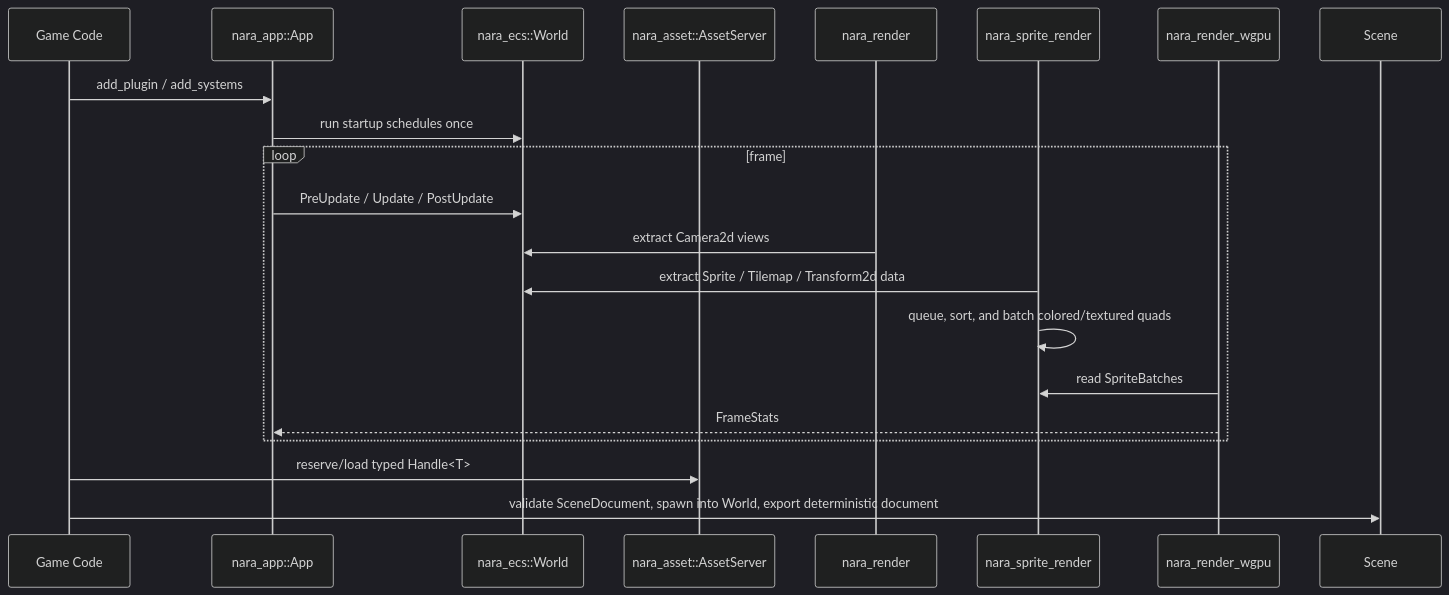
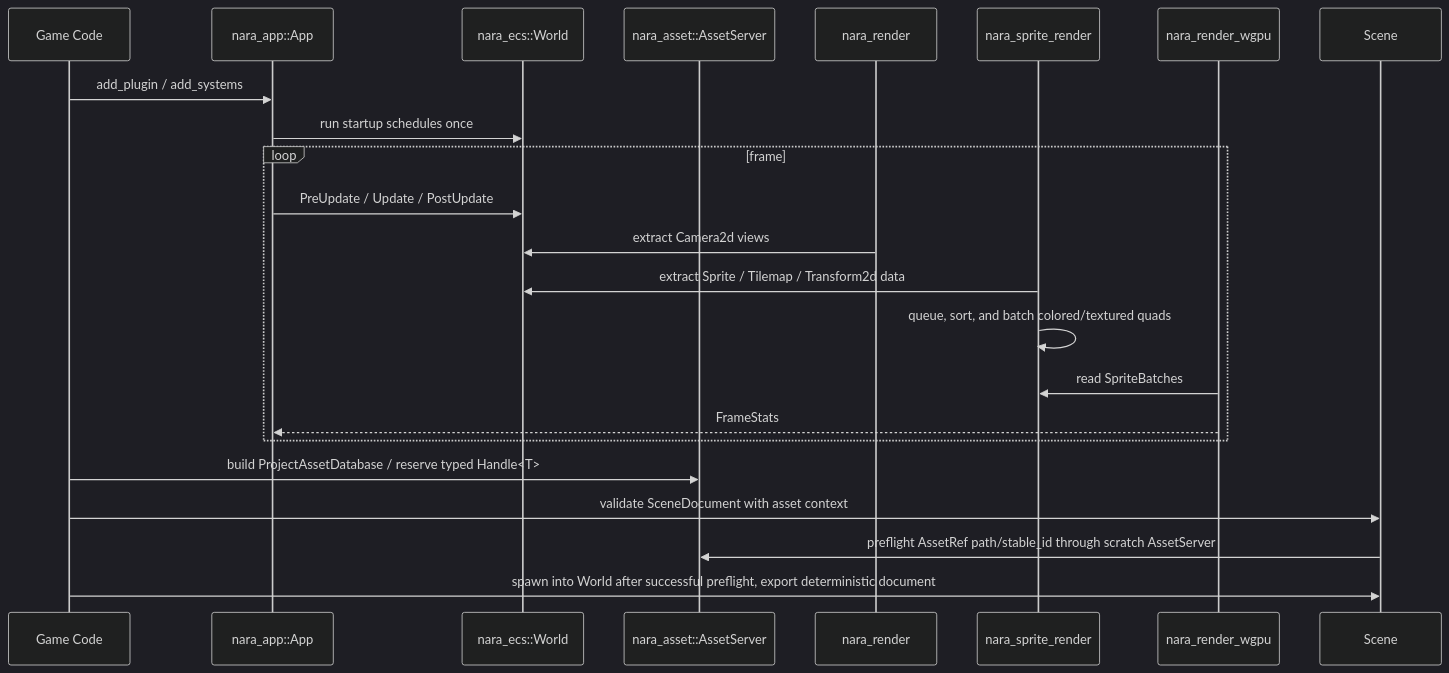
Before and after one commit to Latias94/nara: the second of 2 diagrams in docs/architecture/nara-foundation.md, drawn with Mermaid (dark theme). The commit also changed other lines of this file and 15 other files, not shown here.

Commit message:
feat(scene): preflight stable asset references

````diff
--- a/docs/architecture/nara-foundation.md
+++ b/docs/architecture/nara-foundation.md
@@ -90,23 +90,25 @@
 ```mermaid
 sequenceDiagram
     participant Game as Game Code
     participant App as nara_app::App
     participant ECS as nara_ecs::World
     participant Asset as nara_asset::AssetServer
     participant Render as nara_render
     participant SpriteRender as nara_sprite_render
     participant Wgpu as nara_render_wgpu
 
     Game->>App: add_plugin / add_systems
     App->>ECS: run startup schedules once
     loop frame
         App->>ECS: PreUpdate / Update / PostUpdate
         Render->>ECS: extract Camera2d views
         SpriteRender->>ECS: extract Sprite / Tilemap / Transform2d data
         SpriteRender->>SpriteRender: queue, sort, and batch colored/textured quads
         Wgpu->>SpriteRender: read SpriteBatches
         Wgpu-->>App: FrameStats
     end
-    Game->>Asset: reserve/load typed Handle<T>
-    Game->>Scene: validate SceneDocument, spawn into World, export deterministic document
+    Game->>Asset: build ProjectAssetDatabase / reserve typed Handle<T>
+    Game->>Scene: validate SceneDocument with asset context
+    Scene->>Asset: preflight AssetRef path/stable_id through scratch AssetServer
+    Game->>Scene: spawn into World after successful preflight, export deterministic document
 ```
````
